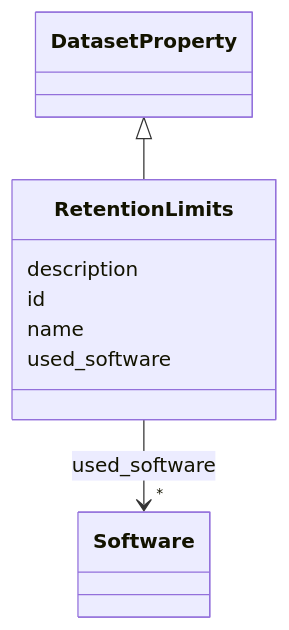
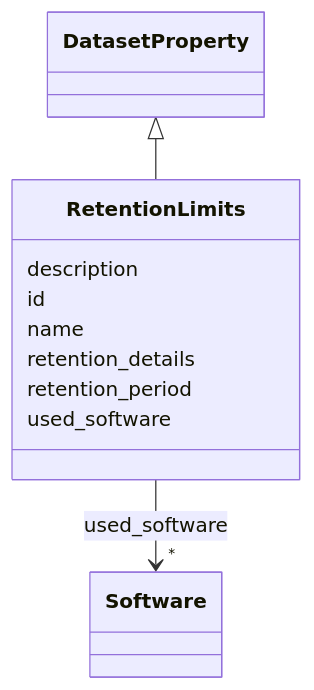
Before and after one commit to bridge2ai/data-sheets-schema: the diagram in docs/RetentionLimits.md, drawn with Mermaid. The commit also changed other lines of this file and 682 other files, not shown here.

````diff
--- a/docs/RetentionLimits.md
+++ b/docs/RetentionLimits.md
@@ -20,26 +20,30 @@
 ```mermaid
  classDiagram
     class RetentionLimits
     click RetentionLimits href "../RetentionLimits/"
       DatasetProperty <|-- RetentionLimits
         click DatasetProperty href "../DatasetProperty/"
       
       RetentionLimits : description
         
       RetentionLimits : id
         
       RetentionLimits : name
+        
+      RetentionLimits : retention_details
+        
+      RetentionLimits : retention_period
         
       RetentionLimits : used_software
         
           
     
         
         
         RetentionLimits --> "*" Software : used_software
         click Software href "../Software/"
     
 
         
       
 ```
````
